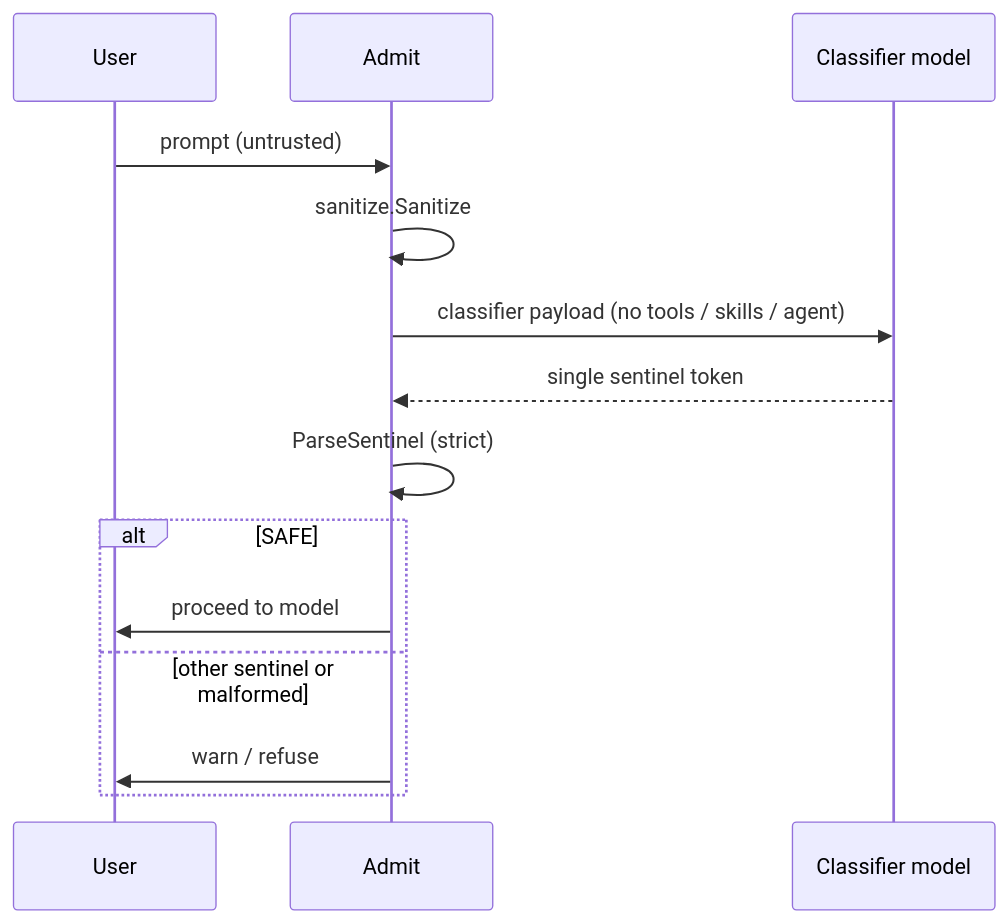
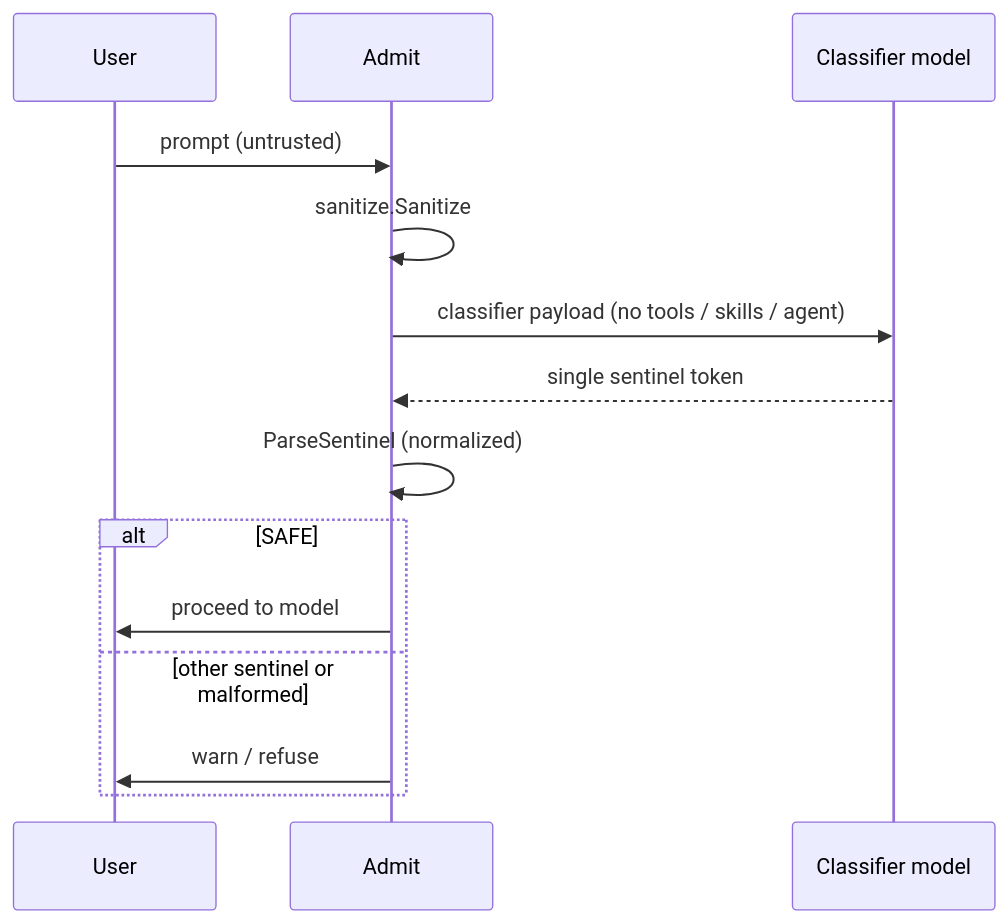
Before and after one commit to Vulnetix/belai: the second of 9 diagrams in docs/role-manager.md, drawn with Mermaid. The commit also changed other lines of this file, not shown here.

Commit message:
docs(role-manager): label the normalized sentinel parse in diagrams

````diff
--- a/docs/role-manager.md
+++ b/docs/role-manager.md
@@ -271,16 +271,16 @@
 ```mermaid
 sequenceDiagram
     participant U as User
     participant A as Admit
     participant C as Classifier model
     U->>A: prompt (untrusted)
     A->>A: sanitize.Sanitize
     A->>C: classifier payload (no tools / skills / agent)
     C-->>A: single sentinel token
-    A->>A: ParseSentinel (strict)
+    A->>A: ParseSentinel (normalized)
     alt SAFE
         A->>U: proceed to model
     else other sentinel or malformed
         A->>U: warn / refuse
     end
 ```
````
